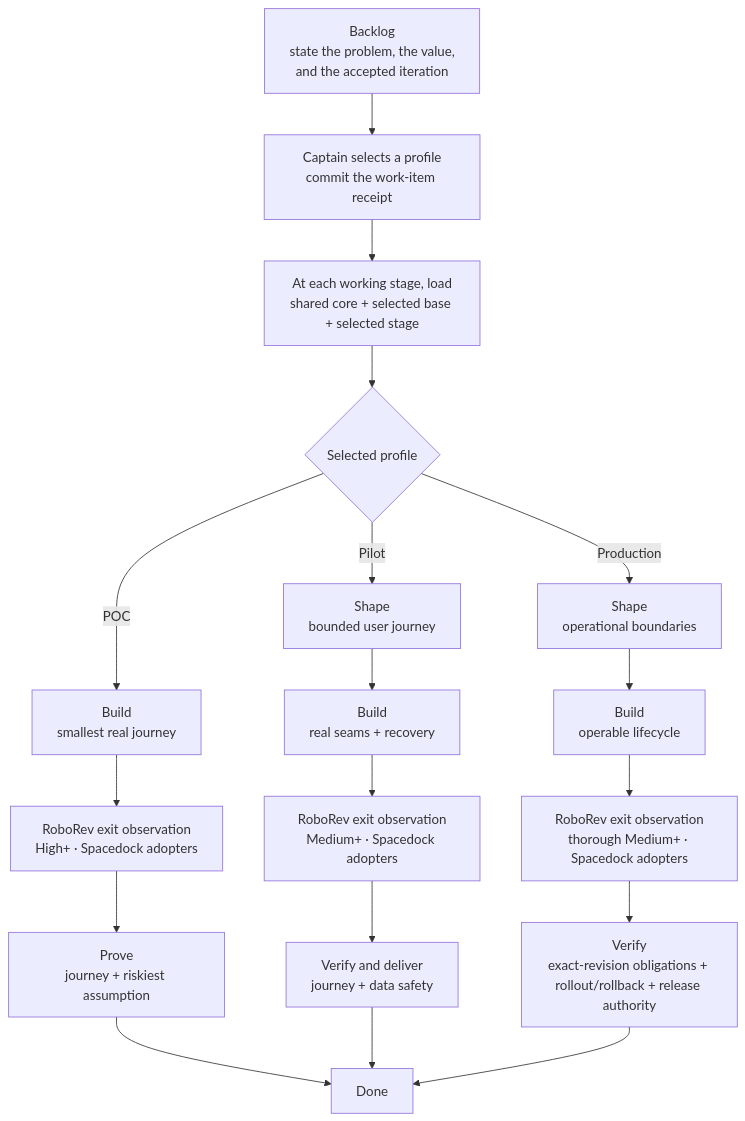
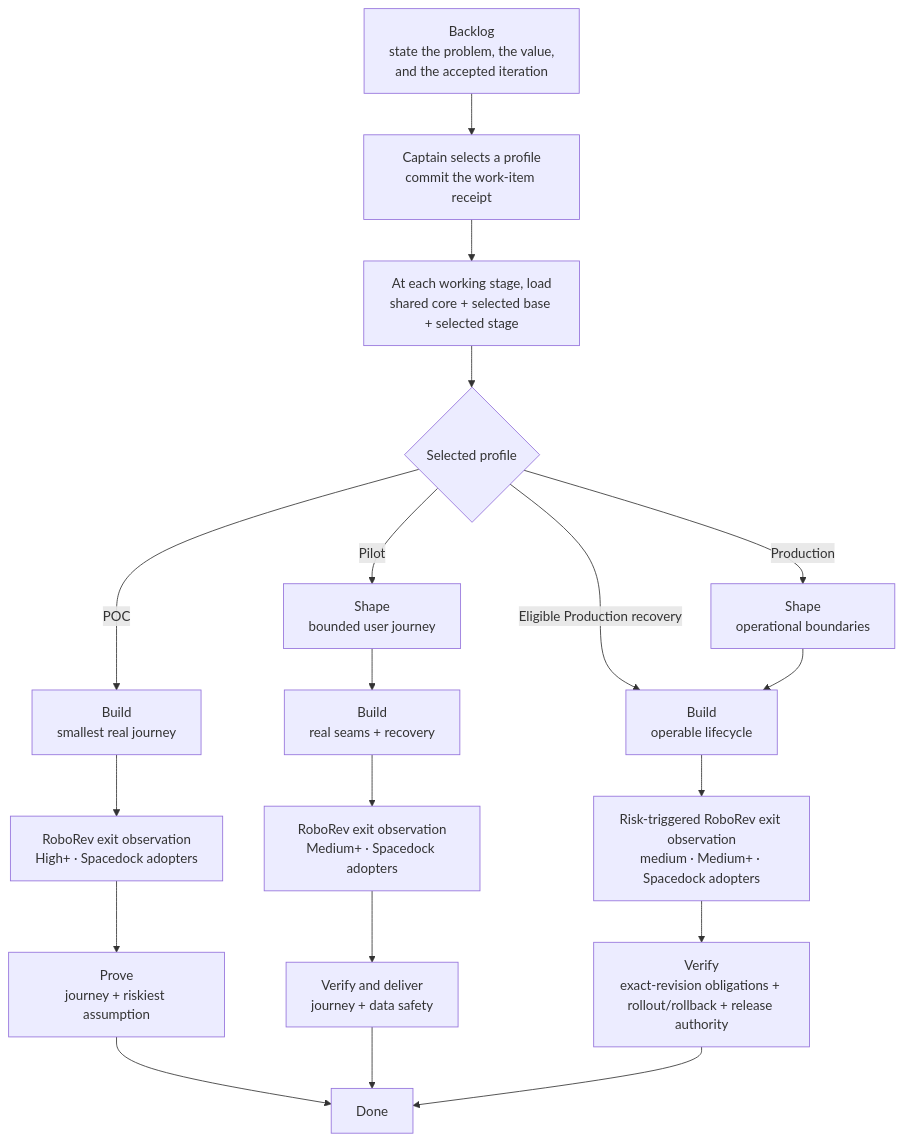
One commit to iamcxa/kc-claude-plugins changed the diagram in kc-dev-flow/README.md. Above: the diagram before and after it, drawn with Mermaid. The commit also changed other lines of this file and 19 other files, not shown here.

First line of the commit message:
feat(kc-dev-flow): make Production recovery proportional

````diff
--- a/kc-dev-flow/README.md
+++ b/kc-dev-flow/README.md
@@ -20,23 +20,24 @@
 ```mermaid
 flowchart TB
     A["Backlog<br/>state the problem, the value,<br/>and the accepted iteration"] --> B["Captain selects a profile<br/>commit the work-item receipt"]
     B --> L["At each working stage, load<br/>shared core + selected base + selected stage"]
     L --> C{Selected profile}
 
     C -->|POC| P1["Build<br/>smallest real journey"]
     P1 --> P2["RoboRev exit observation<br/>High+ · Spacedock adopters"]
     P2 --> P3["Prove<br/>journey + riskiest assumption"]
     P3 --> D[Done]
 
     C -->|Pilot| T1["Shape<br/>bounded user journey"]
     T1 --> T2["Build<br/>real seams + recovery"]
     T2 --> T3["RoboRev exit observation<br/>Medium+ · Spacedock adopters"]
     T3 --> T4["Verify and deliver<br/>journey + data safety"]
     T4 --> D
 
     C -->|Production| R1["Shape<br/>operational boundaries"]
+    C -->|Eligible Production recovery| R2
     R1 --> R2["Build<br/>operable lifecycle"]
-    R2 --> R3["RoboRev exit observation<br/>thorough Medium+ · Spacedock adopters"]
+    R2 --> R3["Risk-triggered RoboRev exit observation<br/>medium · Medium+ · Spacedock adopters"]
     R3 --> R4["Verify<br/>exact-revision obligations + rollout/rollback + release authority"]
     R4 --> D
 ```
````
